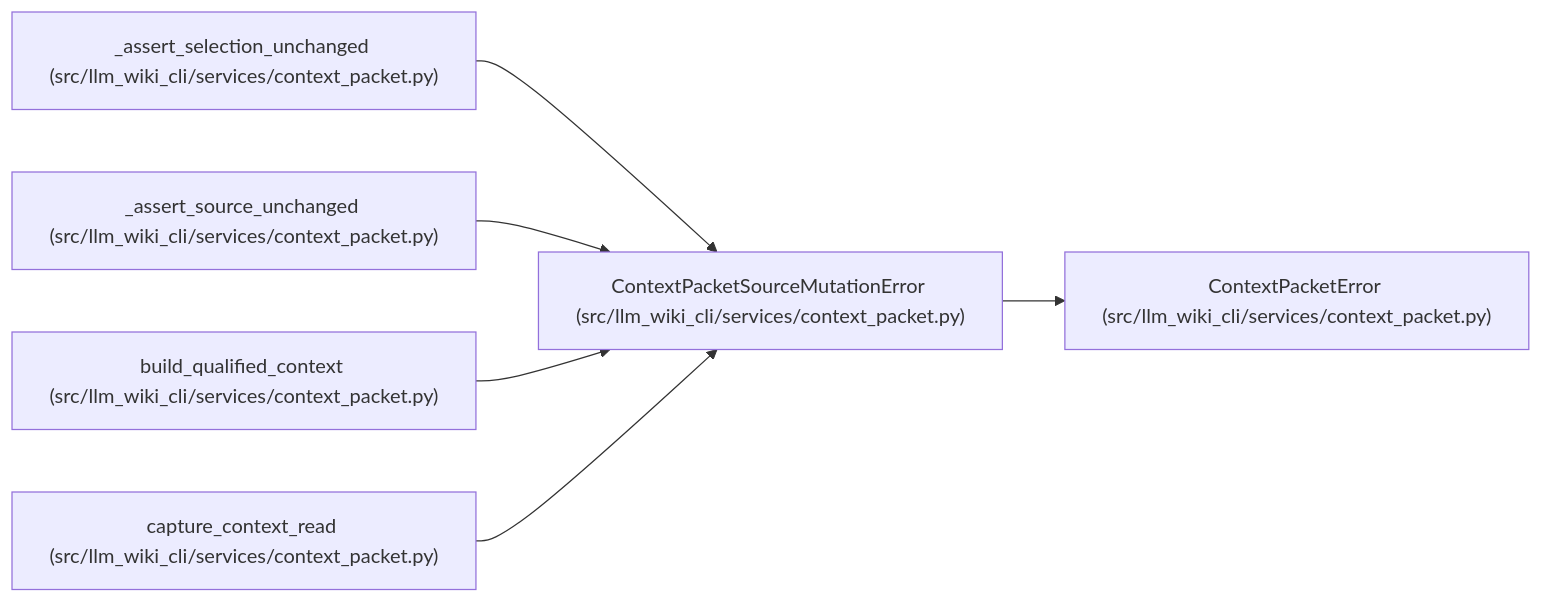
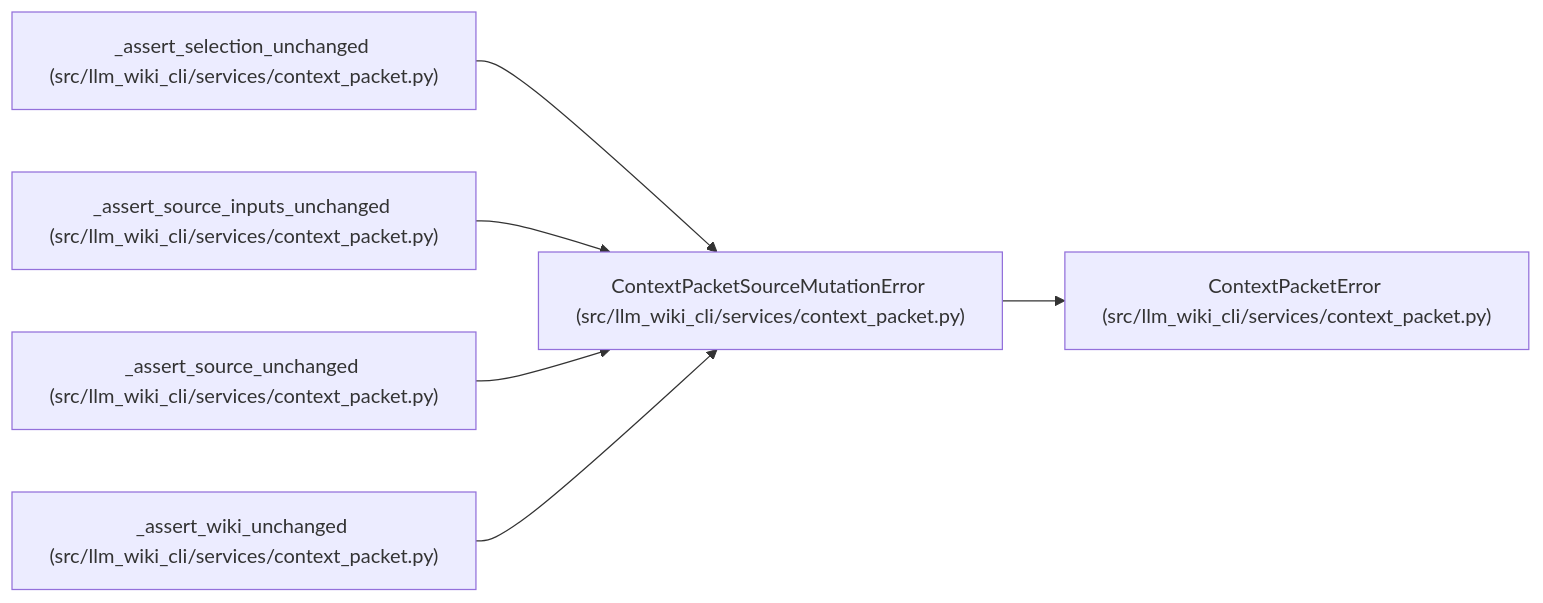
One commit to Denissvgn/python-wiki-llm changed the diagram in docs/llm_wiki/entities/ContextPacketSourceMutationError.md. Above: the diagram before and after it, drawn with Mermaid. The commit also changed other lines of this file and 364 other files, not shown here.

````diff
--- a/docs/llm_wiki/entities/ContextPacketSourceMutationError.md
+++ b/docs/llm_wiki/entities/ContextPacketSourceMutationError.md
@@ -25,20 +25,20 @@
 ```mermaid
 flowchart LR
     n0["ContextPacketSourceMutationError (src/llm_wiki_cli/services/context_packet.py)"]
     n1["ContextPacketError (src/llm_wiki_cli/services/context_packet.py)"]
     n2["_assert_selection_unchanged (src/llm_wiki_cli/services/context_packet.py)"]
-    n3["_assert_source_unchanged (src/llm_wiki_cli/services/context_packet.py)"]
-    n4["build_qualified_context (src/llm_wiki_cli/services/context_packet.py)"]
-    n5["capture_context_read (src/llm_wiki_cli/services/context_packet.py)"]
+    n3["_assert_source_inputs_unchanged (src/llm_wiki_cli/services/context_packet.py)"]
+    n4["_assert_source_unchanged (src/llm_wiki_cli/services/context_packet.py)"]
+    n5["_assert_wiki_unchanged (src/llm_wiki_cli/services/context_packet.py)"]
     n0 --> n1
     n2 --> n0
     n3 --> n0
     n4 --> n0
     n5 --> n0
     click n0 "../modules/context_packet.md"
     click n1 "../modules/context_packet.md"
     click n2 "../modules/context_packet.md"
     click n3 "../modules/context_packet.md"
     click n4 "../modules/context_packet.md"
     click n5 "../modules/context_packet.md"
 ```
````
